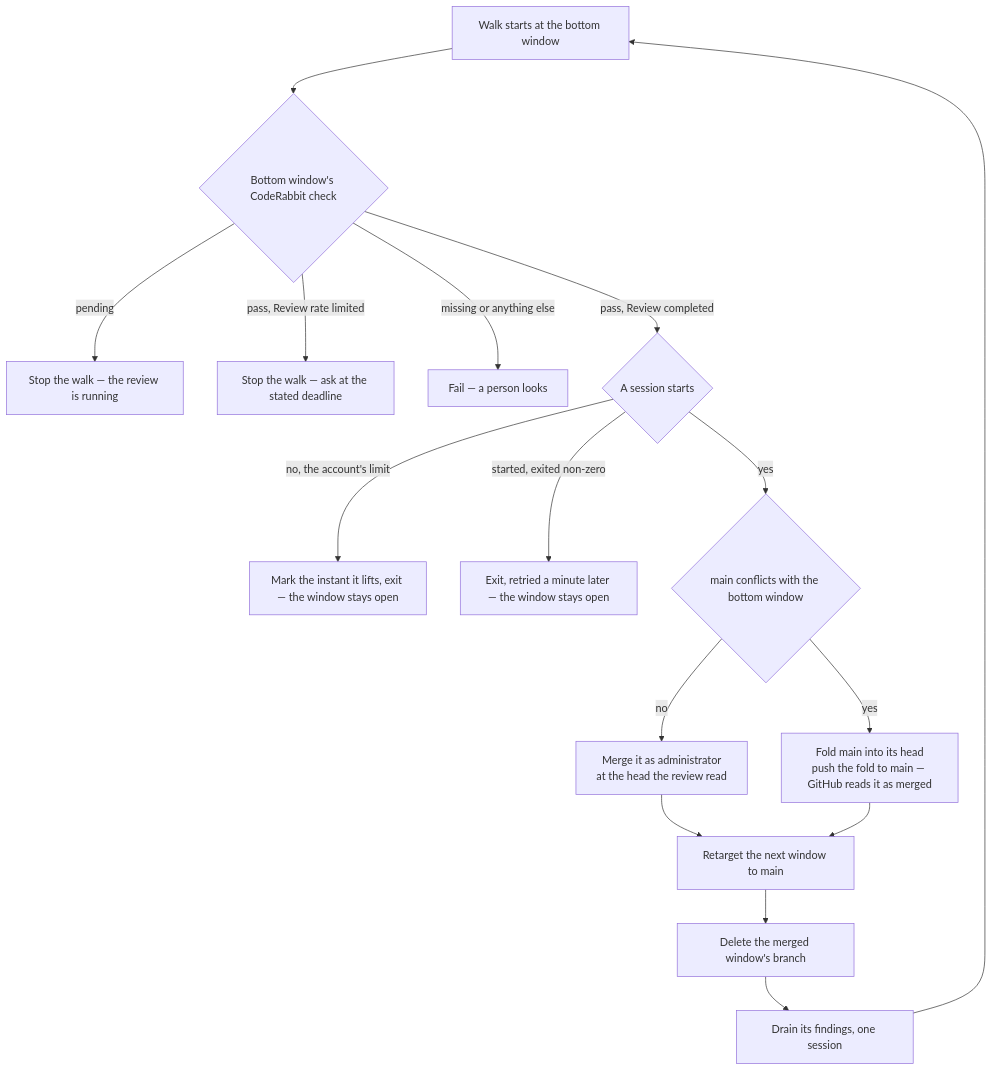
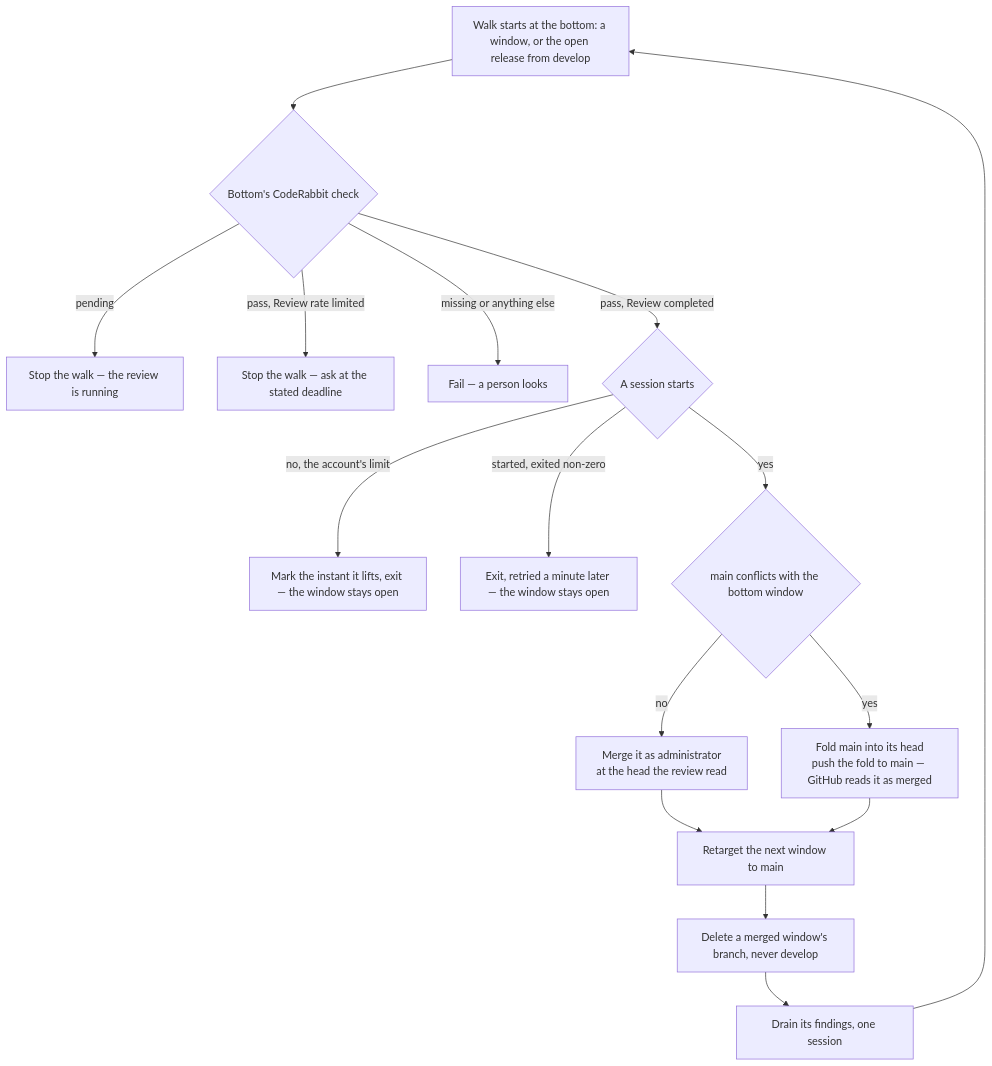
One commit to Esposter/Esposter changed the first of 3 diagrams in apps/web/content/docs/infra/review-collector/collection-cycle.md. Above: the diagram before and after it, drawn with Mermaid. The commit also changed other lines of this file and 4 other files, not shown here.

First line of the commit message:
fix(scripts): an open release from develop is the stack's bottom, gated and merged and drained as a window is

````diff
--- a/apps/web/content/docs/infra/review-collector/collection-cycle.md
+++ b/apps/web/content/docs/infra/review-collector/collection-cycle.md
@@ -44,16 +44,16 @@
 ```mermaid
 flowchart TD
-  S[Walk starts at the bottom window] --> ST{Bottom window's CodeRabbit check}
+  S[Walk starts at the bottom: a window, or the open release from develop] --> ST{Bottom's CodeRabbit check}
   ST -->|pending| X1[Stop the walk — the review is running]
   ST -->|pass, Review rate limited| RL[Stop the walk — ask at the stated deadline]
   ST -->|missing or anything else| X2[Fail — a person looks]
   ST -->|pass, Review completed| PB{A session starts}
   PB -->|no, the account's limit| X3[Mark the instant it lifts, exit — the window stays open]
   PB -->|started, exited non-zero| X4[Exit, retried a minute later — the window stays open]
   PB -->|yes| FC{main conflicts with the bottom window}
   FC -->|no| MG[Merge it as administrator<br/>at the head the review read]
   FC -->|yes| FR[Fold main into its head<br/>push the fold to main — GitHub reads it as merged]
   MG --> RT[Retarget the next window to main]
   FR --> RT
-  RT --> DL[Delete the merged window's branch] --> DR[Drain its findings, one session] --> S
+  RT --> DL[Delete a merged window's branch, never develop] --> DR[Drain its findings, one session] --> S
 ```
````
